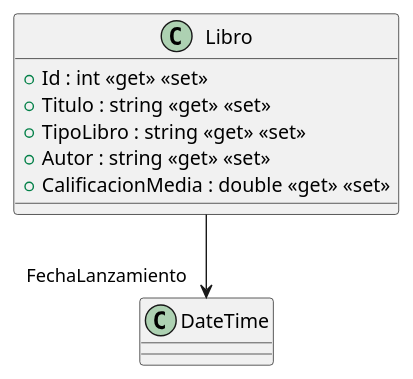
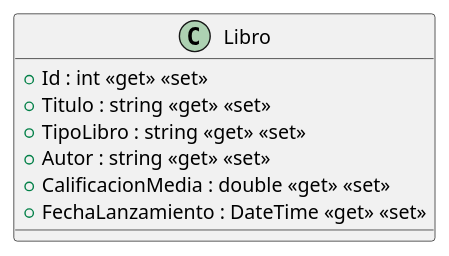
Before and after one commit to ISII2627SoftwareEngineers/ISII2627SoftwareEngineers: the diagram in src/AppForSEII.API/ClassDiagram/Libro.puml, drawn with PlantUML. The commit also changed 4 other files, not shown here.

Commit message:
Actualizados diagramas de clases UML con Resena

```diff
--- a/src/AppForSEII.API/ClassDiagram/Libro.puml
+++ b/src/AppForSEII.API/ClassDiagram/Libro.puml
@@ -1,10 +1,10 @@
 @startuml
 class Libro {
     + Id : int <<get>> <<set>>
     + Titulo : string <<get>> <<set>>
     + TipoLibro : string <<get>> <<set>>
     + Autor : string <<get>> <<set>>
     + CalificacionMedia : double <<get>> <<set>>
+    + FechaLanzamiento : DateTime <<get>> <<set>>
 }
-Libro --> "FechaLanzamiento" DateTime
 @enduml
```
